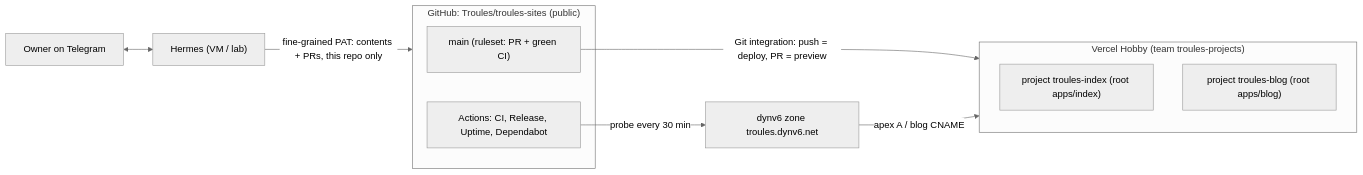
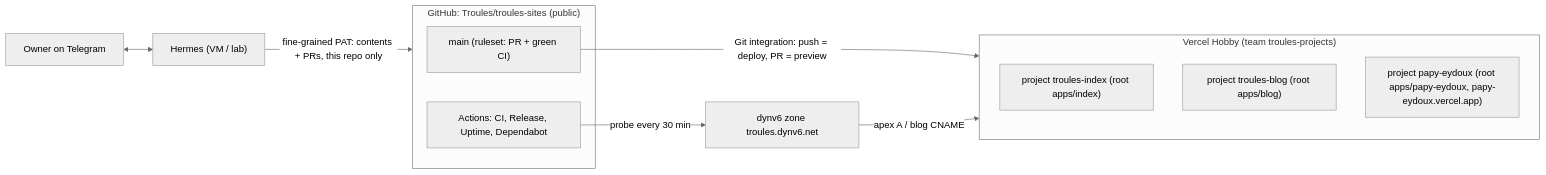
The diagram in docs/architecture.md (Troules/troules-sites), drawn with Mermaid (neutral theme) before and after one commit. The commit also changed other lines of this file and 51 other files, not shown here.

First line of the commit message:
feat(papy-eydoux): add French photo timeline site (#38)

````diff
--- a/docs/architecture.md
+++ b/docs/architecture.md
@@ -5,17 +5,18 @@
 ```mermaid
 flowchart LR
   subgraph GitHub["GitHub: Troules/troules-sites (public)"]
     main["main (ruleset: PR + green CI)"]
     ci["Actions: CI, Release, Uptime, Dependabot"]
   end
   subgraph Vercel["Vercel Hobby (team troules-projects)"]
     pi["project troules-index (root apps/index)"]
     pb["project troules-blog (root apps/blog)"]
+    pp["project papy-eydoux (root apps/papy-eydoux, papy-eydoux.vercel.app)"]
   end
   dns["dynv6 zone troules.dynv6.net"]
   tg["Owner on Telegram"] <--> hermes["Hermes (VM / lab)"]
   hermes -- "fine-grained PAT: contents + PRs, this repo only" --> GitHub
   main -- "Git integration: push = deploy, PR = preview" --> Vercel
   dns -- "apex A / blog CNAME" --> Vercel
   ci -- "probe every 30 min" --> dns
 ```
````
